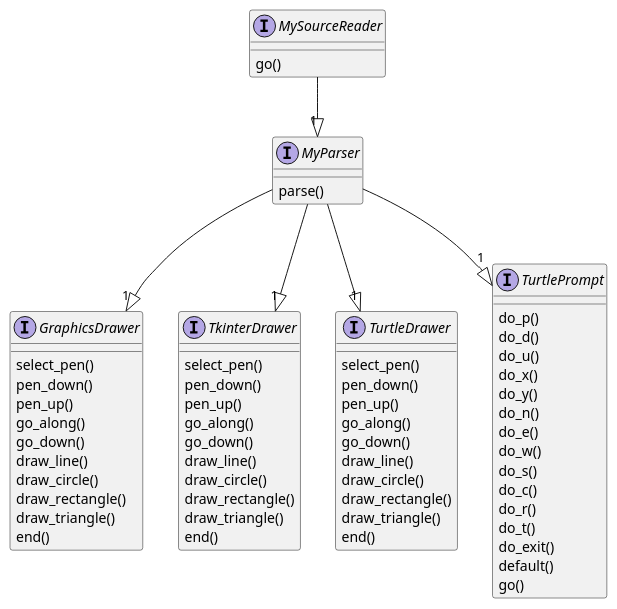
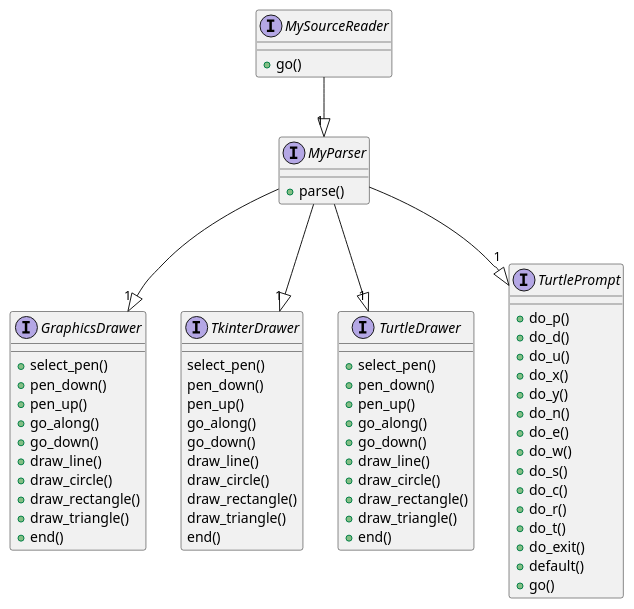
The diagram in docs/inteface_diagram.wsd (llouislu/bcpr301-a2), drawn with PlantUML before and after one commit.

Commit message:
add public attribute

```diff
--- a/docs/inteface_diagram.wsd
+++ b/docs/inteface_diagram.wsd
@@ -1,86 +1,86 @@
 @startuml
 interface MySourceReader {  
-go()
++ go()
 }
 interface MyParser{
-parse()
++ parse()
 }
 interface GraphicsDrawer{
-select_pen()
-pen_down()
-pen_up()
-go_along()
-go_down()
-draw_line()
-draw_circle()
-draw_rectangle()
-draw_triangle()
-end()
++ select_pen()
++ pen_down()
++ pen_up()
++ go_along()
++ go_down()
++ draw_line()
++ draw_circle()
++ draw_rectangle()
++ draw_triangle()
++ end()
 }
 interface TkinterDrawer{
 select_pen()
 pen_down()
 pen_up()
 go_along()
 go_down()
 draw_line()
 draw_circle()
 draw_rectangle()
 draw_triangle()
 end()
 }
 interface TurtleDrawer{
-select_pen()
-pen_down()
-pen_up()
-go_along()
-go_down()
-draw_line()
-draw_circle()
-draw_rectangle()
-draw_triangle()
-end()
++ select_pen()
++ pen_down()
++ pen_up()
++ go_along()
++ go_down()
++ draw_line()
++ draw_circle()
++ draw_rectangle()
++ draw_triangle()
++ end()
 }
 interface TurtlePrompt{
-do_p()
-do_d()
-do_u()
-do_x()
-do_y()
-do_n()
-do_e()
-do_w()
-do_s()
-do_c()
-do_r()
-do_t()
-do_exit()
-default()
-go()
++ do_p()
++ do_d()
++ do_u()
++ do_x()
++ do_y()
++ do_n()
++ do_e()
++ do_w()
++ do_s()
++ do_c()
++ do_r()
++ do_t()
++ do_exit()
++ default()
++ go()
 }
 ' interface ErrorChecking {
 ' check()
 ' notAInt()
 ' notAString()
 ' notAList()
 ' notABool()
 ' notAFloat()
 ' notAFloatOrInt()
 ' error_message()
 ' }
 ' interface Dest{
 ' getDesination()
 ' }
 
 
 MySourceReader --|> "1" MyParser
 MyParser --|> "1" GraphicsDrawer
 MyParser --|> "1" TkinterDrawer
 MyParser --|> "1" TurtleDrawer
 MyParser --|> "1" TurtlePrompt
 ' ErrorChecking --|> "1" GraphicsDrawer
 ' ErrorChecking --|> "1" TkinterDrawer
 ' ErrorChecking --|> "1" TurtleDrawer
 ' Dest "1" --|> "1" TkinterDrawer
 ' Dest --|> "1" GraphicsDrawer
 @enduml
```
